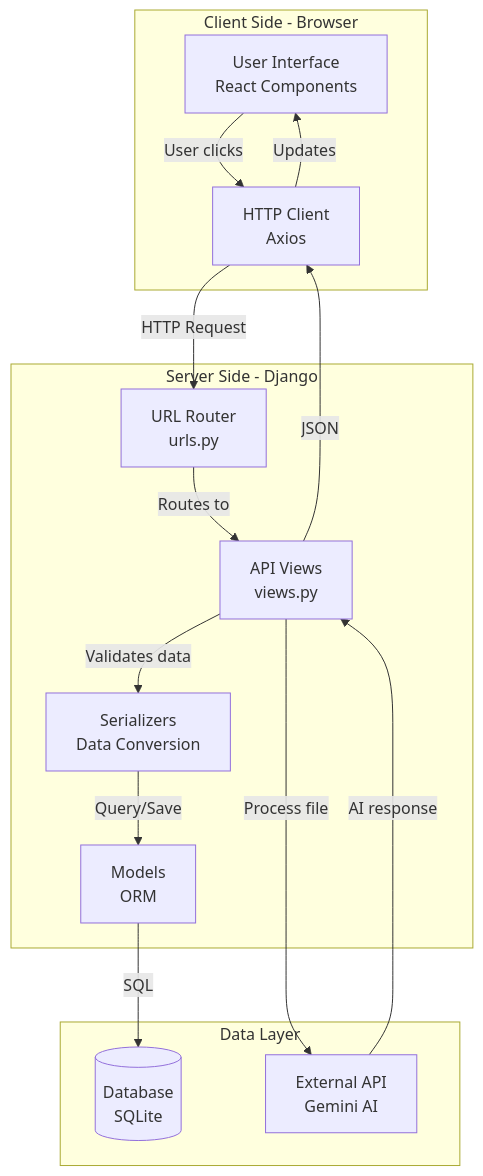
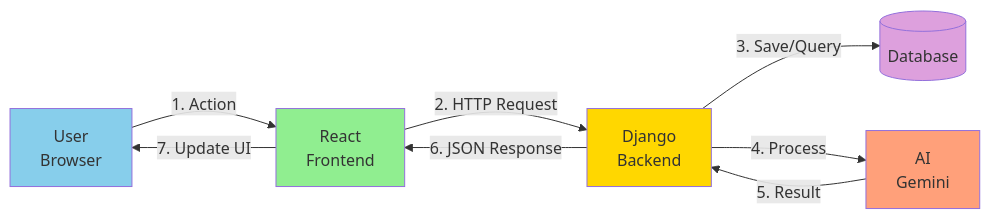
Before and after one commit to Alex-cmd-dev/Help2Study: the first of 10 diagrams in ARCHITECTURE.md, drawn with Mermaid. The commit also changed other lines of this file and 3 other files, not shown here.

````diff
--- a/ARCHITECTURE.md
+++ b/ARCHITECTURE.md
@@ -11,30 +11,16 @@
 ```mermaid
-graph TB
-    subgraph "Client Side - Browser"
-        A[User Interface<br/>React Components]
-        B[HTTP Client<br/>Axios]
-    end
+graph LR
+    A[User<br/>Browser] -->|1. Action| B[React<br/>Frontend]
+    B -->|2. HTTP Request| C[Django<br/>Backend]
+    C -->|3. Save/Query| D[(Database)]
+    C -->|4. Process| E[AI<br/>Gemini]
+    E -->|5. Result| C
+    C -->|6. JSON Response| B
+    B -->|7. Update UI| A
 
-    subgraph "Server Side - Django"
-        C[URL Router<br/>urls.py]
-        D[API Views<br/>views.py]
-        E[Serializers<br/>Data Conversion]
-        F[Models<br/>ORM]
-    end
-
-    subgraph "Data Layer"
-        G[(Database<br/>SQLite)]
-        H[External API<br/>Gemini AI]
-    end
-
-    A -->|User clicks| B
-    B -->|HTTP Request| C
-    C -->|Routes to| D
-    D -->|Validates data| E
-    E -->|Query/Save| F
-    F -->|SQL| G
-    D -->|Process file| H
-    H -->|AI response| D
-    D -->|JSON| B
-    B -->|Updates| A
+    style A fill:#87CEEB
+    style B fill:#90EE90
+    style C fill:#FFD700
+    style D fill:#DDA0DD
+    style E fill:#FFA07A
 ```
````
